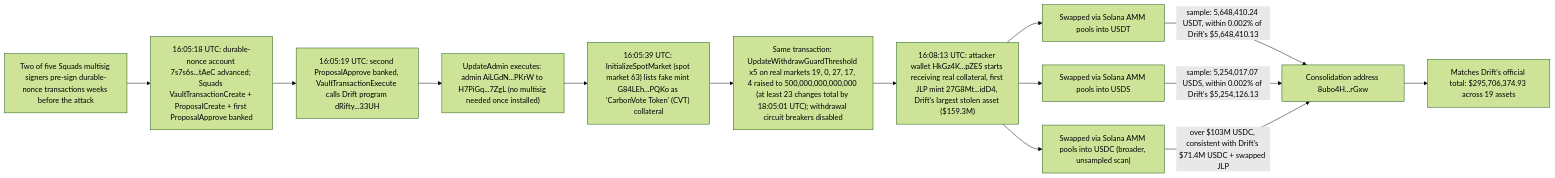
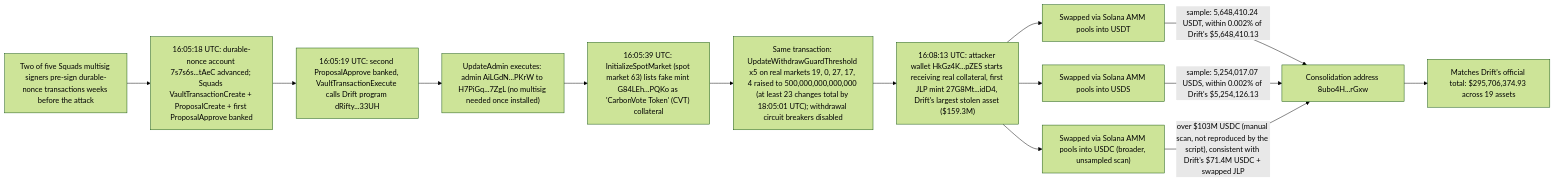
The diagram in drift-protocol-durable-nonce-admin-hijack/README.md (RealSpap/onchain-postmortems), drawn with Mermaid (forest theme) before and after one commit. The commit also changed other lines of this file and 201 other files, not shown here.

````diff
--- a/drift-protocol-durable-nonce-admin-hijack/README.md
+++ b/drift-protocol-durable-nonce-admin-hijack/README.md
@@ -30,24 +30,24 @@
 ```mermaid
 flowchart LR
     A["Two of five Squads multisig signers pre-sign durable-nonce transactions weeks before the attack"]
     B["16:05:18 UTC: durable-nonce account 7s7s6s...tAeC advanced; Squads VaultTransactionCreate + ProposalCreate + first ProposalApprove banked"]
     C["16:05:19 UTC: second ProposalApprove banked, VaultTransactionExecute calls Drift program dRifty...33UH"]
     D["UpdateAdmin executes: admin AiLGdN...PKrW to H7PiGq...7ZgL (no multisig needed once installed)"]
     E["16:05:39 UTC: InitializeSpotMarket (spot market 63) lists fake mint G84LEh...PQKo as 'CarbonVote Token' (CVT) collateral"]
     F["Same transaction: UpdateWithdrawGuardThreshold x5 on real markets 19, 0, 27, 17, 4 raised to 500,000,000,000,000 (at least 23 changes total by 18:05:01 UTC); withdrawal circuit breakers disabled"]
     G["16:08:13 UTC: attacker wallet HkGz4K...pZES starts receiving real collateral, first JLP mint 27G8Mt...idD4, Drift's largest stolen asset ($159.3M)"]
     U1["Swapped via Solana AMM pools into USDT"]
     U2["Swapped via Solana AMM pools into USDS"]
     U3["Swapped via Solana AMM pools into USDC (broader, unsampled scan)"]
     H["Consolidation address 8ubo4H...rGxw"]
     I["Matches Drift's official total: $295,706,374.93 across 19 assets"]
 
     A --> B --> C --> D --> E --> F --> G
     G --> U1
     G --> U2
     G --> U3
     U1 -->|"sample: 5,648,410.24 USDT, within 0.002% of Drift's $5,648,410.13"| H
     U2 -->|"sample: 5,254,017.07 USDS, within 0.002% of Drift's $5,254,126.13"| H
-    U3 -->|"over $103M USDC, consistent with Drift's $71.4M USDC + swapped JLP"| H
+    U3 -->|"over $103M USDC (manual scan, not reproduced by the script), consistent with Drift's $71.4M USDC + swapped JLP"| H
     H --> I
 ```
````
